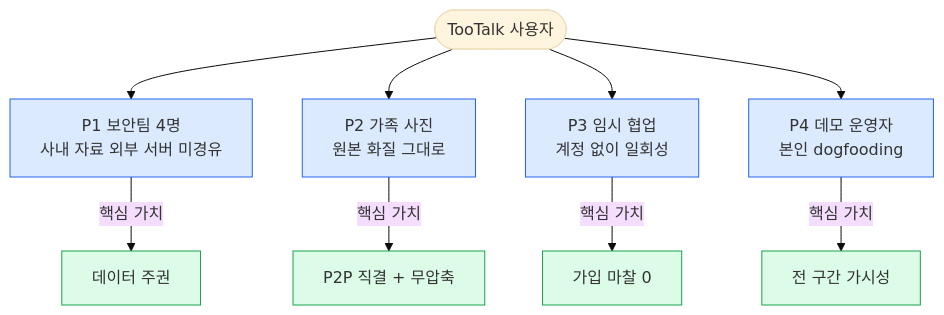
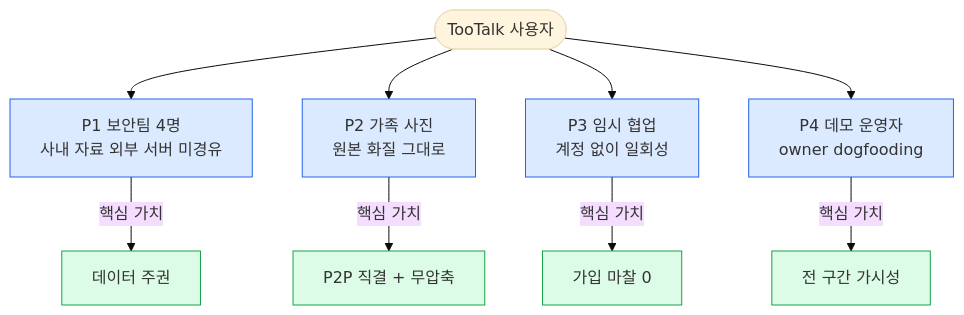
The diagram in PRODUCT_SENSE.md (oneticket99/p2p_msg), drawn with Mermaid (base theme) before and after one commit. The commit also changed other lines of this file and 13 other files, not shown here.

````diff
--- a/PRODUCT_SENSE.md
+++ b/PRODUCT_SENSE.md
@@ -66,23 +66,23 @@
 ```mermaid
 flowchart TD
     USER([TooTalk 사용자])
     P1[P1 보안팀 4명<br/>사내 자료 외부 서버 미경유]
     P2[P2 가족 사진<br/>원본 화질 그대로]
     P3[P3 임시 협업<br/>계정 없이 일회성]
-    P4[P4 데모 운영자<br/>본인 dogfooding]
+    P4[P4 데모 운영자<br/>owner dogfooding]
 
     USER --> P1
     USER --> P2
     USER --> P3
     USER --> P4
 
     P1 -->|핵심 가치| V1[데이터 주권]
     P2 -->|핵심 가치| V2[P2P 직결 + 무압축]
     P3 -->|핵심 가치| V3[가입 마찰 0]
     P4 -->|핵심 가치| V4[전 구간 가시성]
 
     classDef persona fill:#dbeafe,stroke:#2563eb
     classDef value fill:#dcfce7,stroke:#16a34a
     class P1,P2,P3,P4 persona
     class V1,V2,V3,V4 value
 ```
````
